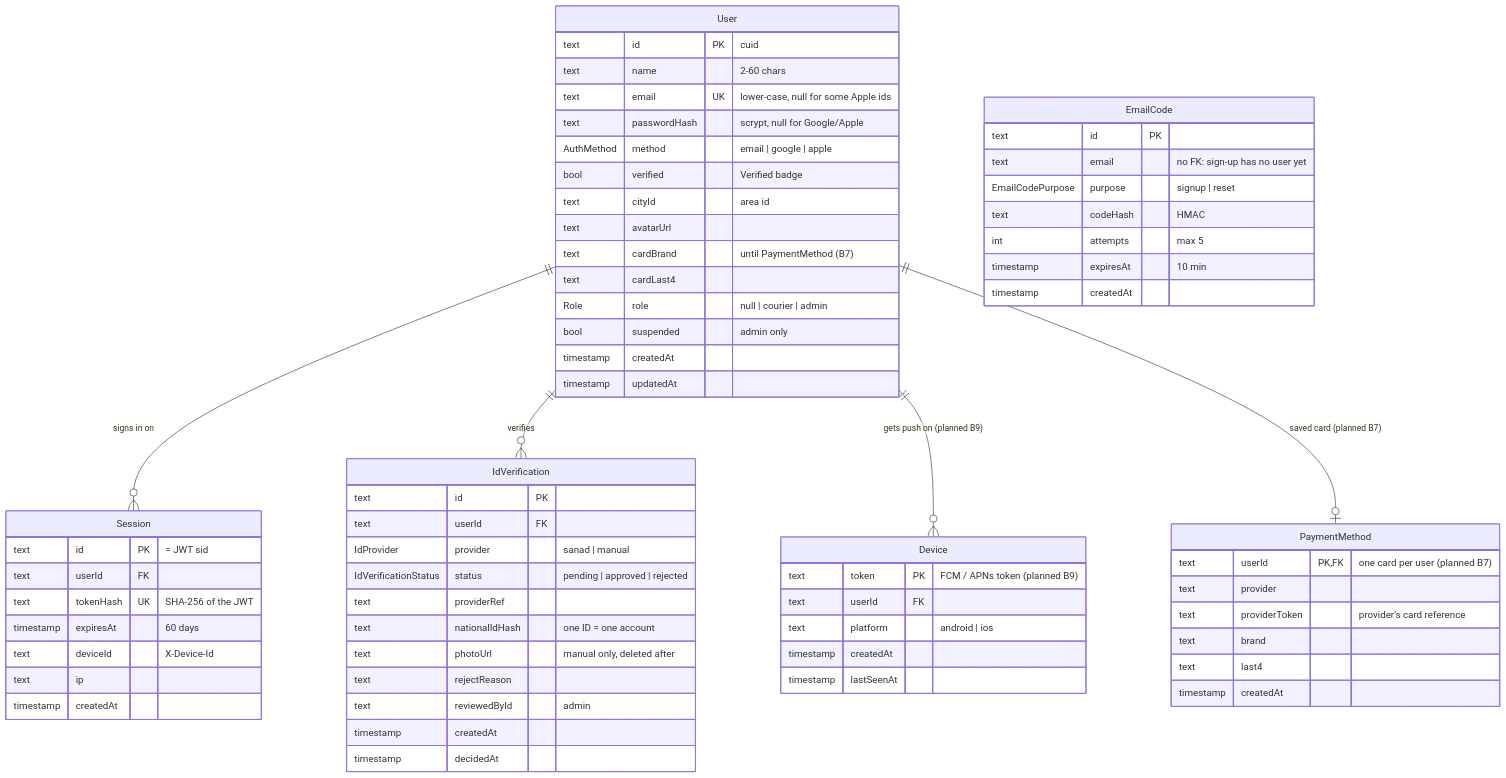
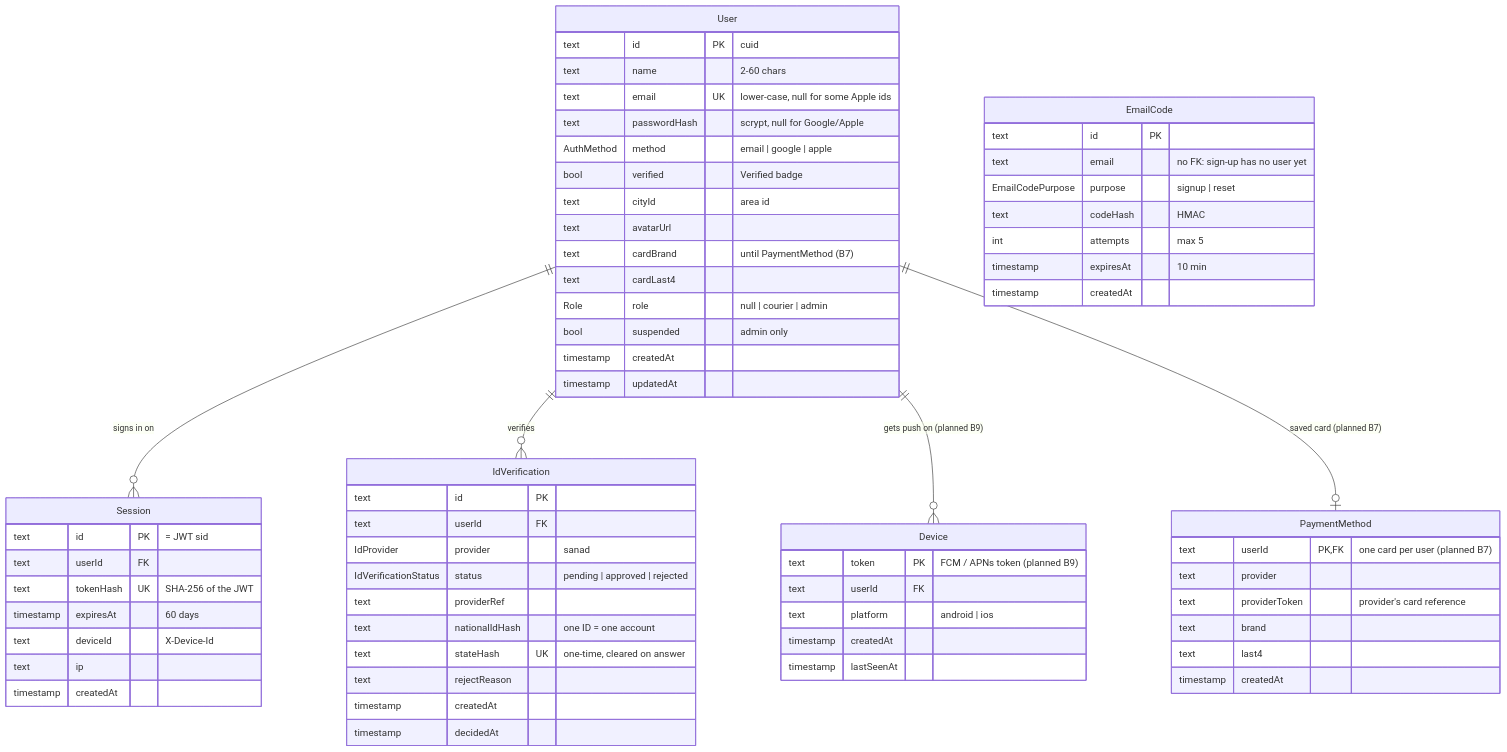
One commit to mustafa-kilany/madmoon-deals changed the second of 6 diagrams in docs/DATABASE.md. Above: the diagram before and after it, drawn with Mermaid. The commit also changed other lines of this file and 40 other files, not shown here.

First line of the commit message:
feat: ID verification is Sanad only, ready for MoDEE's API (B3.5)

````diff
--- a/docs/DATABASE.md
+++ b/docs/DATABASE.md
@@ -70,69 +70,68 @@
 ```mermaid
 erDiagram
   User ||--o{ Session : "signs in on"
   User ||--o{ IdVerification : "verifies"
   User ||--o{ Device : "gets push on (planned B9)"
   User ||--o| PaymentMethod : "saved card (planned B7)"
   User {
     text id PK "cuid"
     text name "2-60 chars"
     text email UK "lower-case, null for some Apple ids"
     text passwordHash "scrypt, null for Google/Apple"
     AuthMethod method "email | google | apple"
     bool verified "Verified badge"
     text cityId "area id"
     text avatarUrl
     text cardBrand "until PaymentMethod (B7)"
     text cardLast4
     Role role "null | courier | admin"
     bool suspended "admin only"
     timestamp createdAt
     timestamp updatedAt
   }
   Session {
     text id PK "= JWT sid"
     text userId FK
     text tokenHash UK "SHA-256 of the JWT"
     timestamp expiresAt "60 days"
     text deviceId "X-Device-Id"
     text ip
     timestamp createdAt
   }
   EmailCode {
     text id PK
     text email "no FK: sign-up has no user yet"
     EmailCodePurpose purpose "signup | reset"
     text codeHash "HMAC"
     int attempts "max 5"
     timestamp expiresAt "10 min"
     timestamp createdAt
   }
   IdVerification {
     text id PK
     text userId FK
-    IdProvider provider "sanad | manual"
+    IdProvider provider "sanad"
     IdVerificationStatus status "pending | approved | rejected"
     text providerRef
     text nationalIdHash "one ID = one account"
-    text photoUrl "manual only, deleted after"
+    text stateHash UK "one-time, cleared on answer"
     text rejectReason
-    text reviewedById "admin"
     timestamp createdAt
     timestamp decidedAt
   }
   Device {
     text token PK "FCM / APNs token (planned B9)"
     text userId FK
     text platform "android | ios"
     timestamp createdAt
     timestamp lastSeenAt
   }
   PaymentMethod {
     text userId PK,FK "one card per user (planned B7)"
     text provider
     text providerToken "provider's card reference"
     text brand
     text last4
     timestamp createdAt
   }
 ```
````
